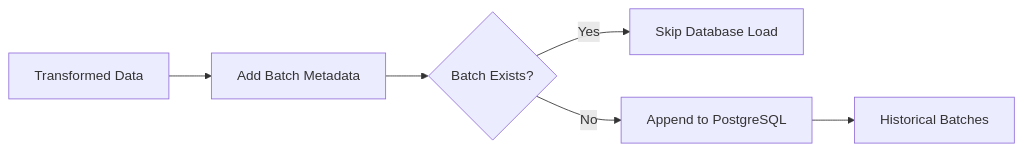
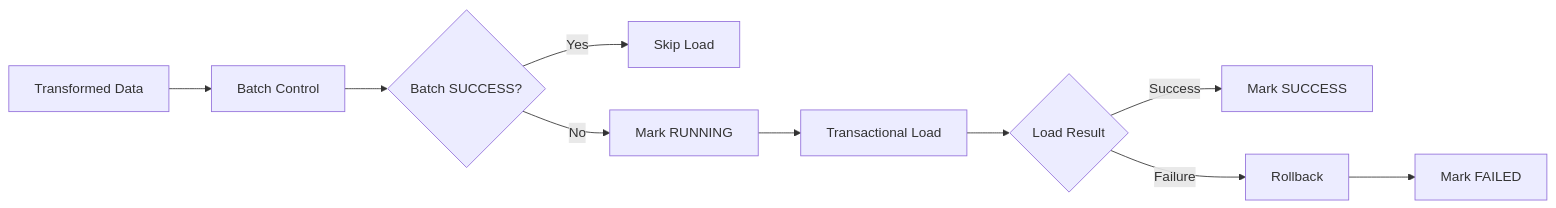
One commit to andasand/data-engineering-lab changed the fifth of 7 diagrams in README.md. Above: the diagram before and after it, drawn with Mermaid. The commit also changed other lines of this file, not shown here.

Commit message:
Add transactional schema-managed PostgreSQL pipeline

````diff
--- a/README.md
+++ b/README.md
@@ -215,8 +299,12 @@
 ```mermaid
 flowchart LR
-    A[Transformed Data] --> B[Add Batch Metadata]
-    B --> C{Batch Exists?}
-    C -- Yes --> D[Skip Database Load]
-    C -- No --> E[Append to PostgreSQL]
-    E --> F[Historical Batches]
+    A[Transformed Data] --> B[Batch Control]
+    B --> C{Batch SUCCESS?}
+    C -- Yes --> D[Skip Load]
+    C -- No --> E[Mark RUNNING]
+    E --> F[Transactional Load]
+    F --> G{Load Result}
+    G -- Success --> H[Mark SUCCESS]
+    G -- Failure --> I[Rollback]
+    I --> J[Mark FAILED]
 ```
````
